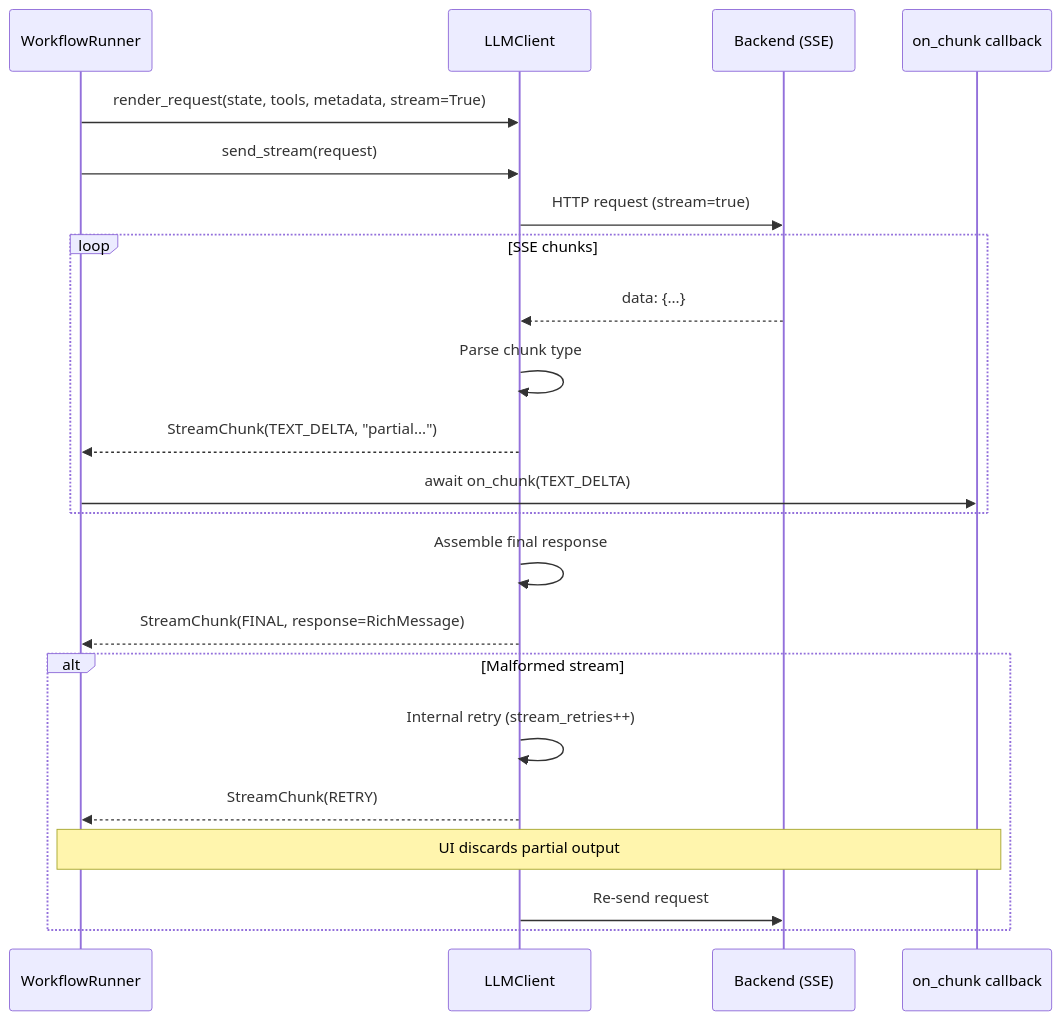
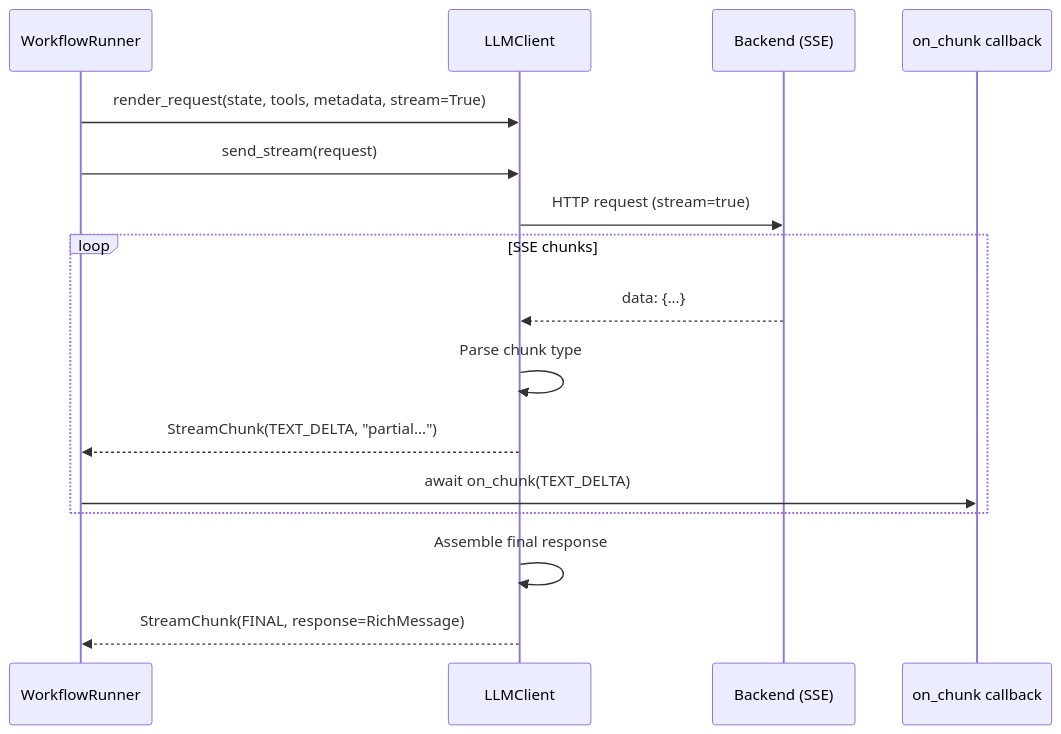
The fifth of 7 diagrams in docs/WORKFLOW.md (antoinezambelli/forge), drawn with Mermaid before and after one commit. The commit also changed other lines of this file and 7 other files, not shown here.

````diff
--- a/docs/WORKFLOW.md
+++ b/docs/WORKFLOW.md
@@ -235,28 +235,22 @@
 ```mermaid
 sequenceDiagram
     participant R as WorkflowRunner
     participant C as LLMClient
     participant API as Backend (SSE)
     participant UI as on_chunk callback
 
     R->>C: render_request(state, tools, metadata, stream=True)
     R->>C: send_stream(request)
     C->>API: HTTP request (stream=true)
 
     loop SSE chunks
         API-->>C: data: {...}
         C->>C: Parse chunk type
         C-->>R: StreamChunk(TEXT_DELTA, "partial...")
         R->>UI: await on_chunk(TEXT_DELTA)
     end
 
     C->>C: Assemble final response
     C-->>R: StreamChunk(FINAL, response=RichMessage)
 
-    alt Malformed stream
-        C->>C: Internal retry (stream_retries++)
-        C-->>R: StreamChunk(RETRY)
-        Note over R,UI: UI discards partial output
-        C->>API: Re-send request
-    end
 ```
````
